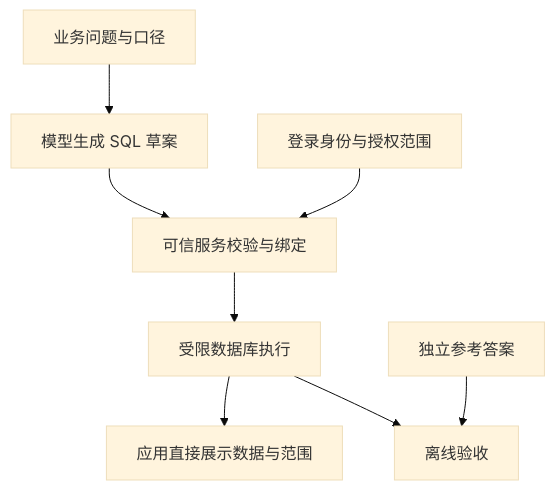
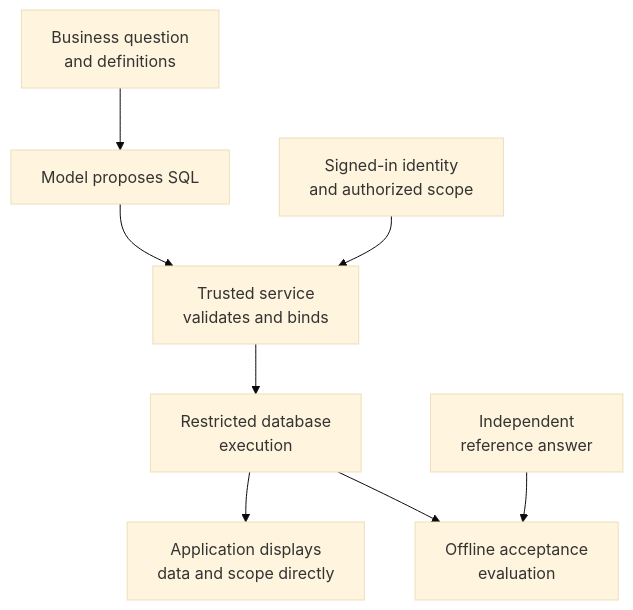
Before and after one commit to oneleaveknowsthefall/awesome-ai-roadmap: the diagram in docs/rag/07-structured-queries/22-text-to-sql.md, drawn with Mermaid (base theme). The commit also changed other lines of this file and 60 other files, not shown here.

````diff
--- a/docs/rag/07-structured-queries/22-text-to-sql.md
+++ b/docs/rag/07-structured-queries/22-text-to-sql.md
@@ -131,10 +131,10 @@
 ```mermaid
 flowchart TD
-    A[业务问题与口径] --> B[模型生成 SQL 草案]
-    B --> C[可信服务校验与绑定]
-    I[登录身份与授权范围] --> C
-    C --> D[受限数据库执行]
-    D --> E[应用直接展示数据与范围]
-    F[独立参考答案] --> G[离线验收]
+    A["Business question<br/>and definitions"] --> B["Model proposes SQL"]
+    B --> C["Trusted service<br/>validates and binds"]
+    I["Signed-in identity<br/>and authorized scope"] --> C
+    C --> D["Restricted database<br/>execution"]
+    D --> E["Application displays<br/>data and scope directly"]
+    F["Independent<br/>reference answer"] --> G["Offline acceptance<br/>evaluation"]
     D --> G
 ```
````
